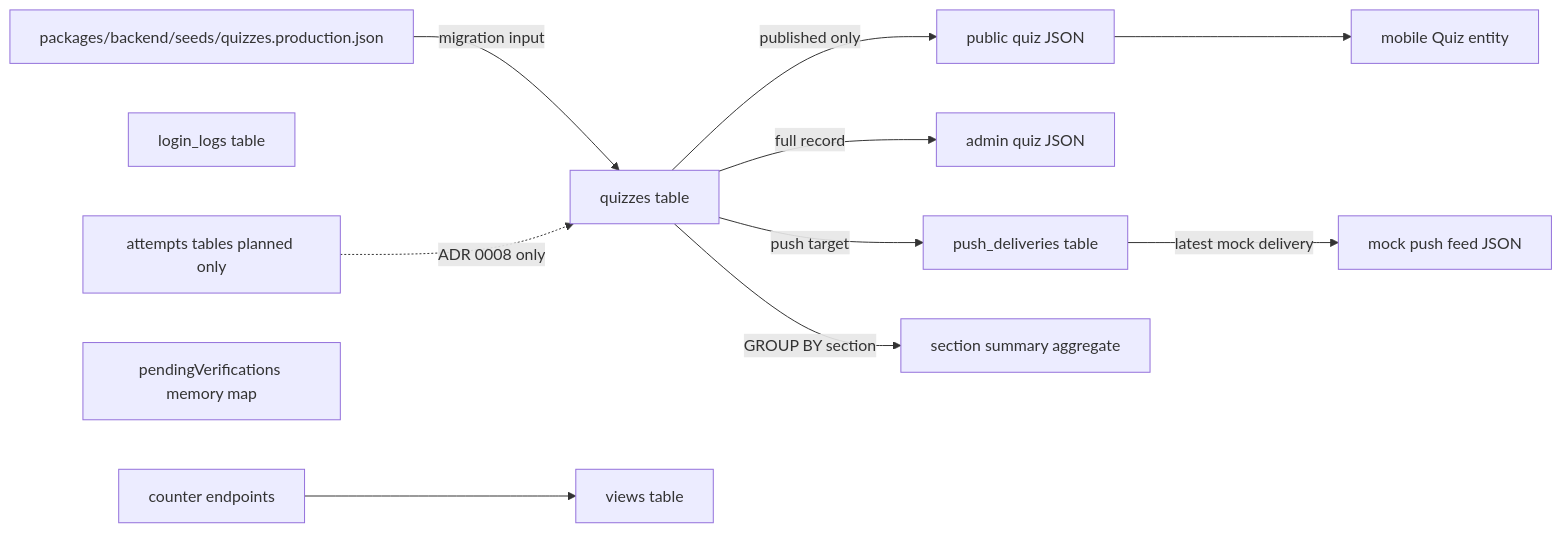
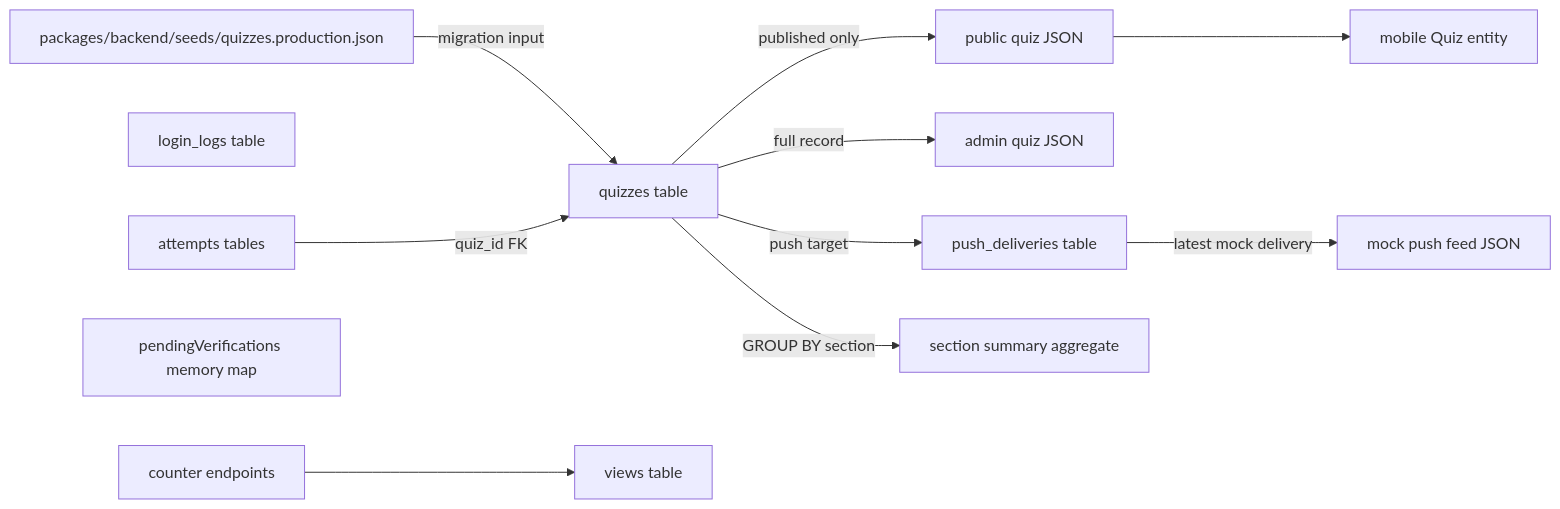
One commit to Yoshinaga123/quiz changed the first of 2 diagrams in docs/architecture/data-model.md. Above: the diagram before and after it, drawn with Mermaid. The commit also changed other lines of this file and 68 other files, not shown here.

````diff
--- a/docs/architecture/data-model.md
+++ b/docs/architecture/data-model.md
@@ -8,26 +8,26 @@
 ```mermaid
 flowchart LR
     Seed["packages/backend/seeds/quizzes.production.json"]
     Quizzes["quizzes table"]
     Views["views table"]
     LoginLogs["login_logs table"]
     PushDeliveries["push_deliveries table"]
     Counter["counter endpoints"]
     AdminQuiz["admin quiz JSON"]
     PublicQuiz["public quiz JSON"]
     SectionSummary["section summary aggregate"]
     MockPushFeed["mock push feed JSON"]
     MobileQuiz["mobile Quiz entity"]
     Verification["pendingVerifications memory map"]
-    Attempts["attempts tables planned only"]
+    Attempts["attempts tables"]
 
     Seed -->|migration input| Quizzes
     Quizzes -->|full record| AdminQuiz
     Quizzes -->|published only| PublicQuiz
     Quizzes -->|GROUP BY section| SectionSummary
     Quizzes -->|push target| PushDeliveries
     PushDeliveries -->|latest mock delivery| MockPushFeed
     PublicQuiz --> MobileQuiz
     Counter --> Views
-    Attempts -. ADR 0008 only .-> Quizzes
+    Attempts -->|quiz_id FK| Quizzes
 ```
````
